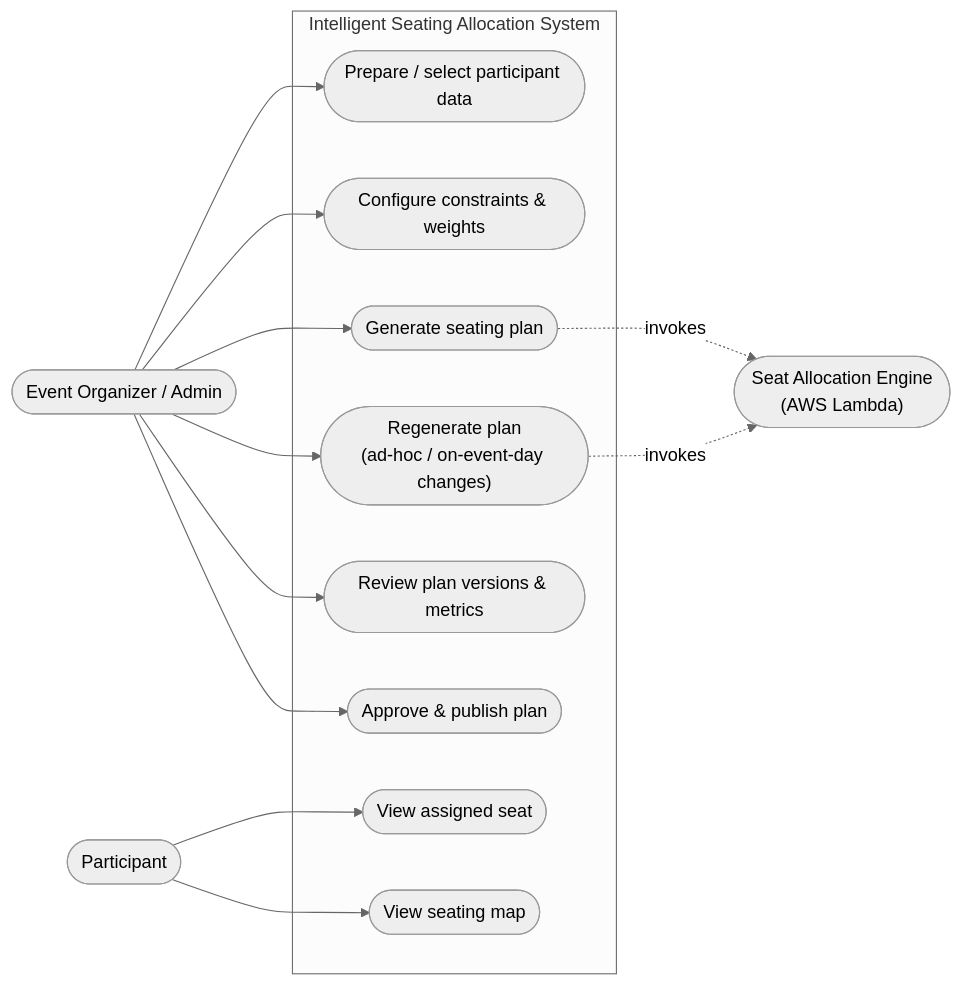
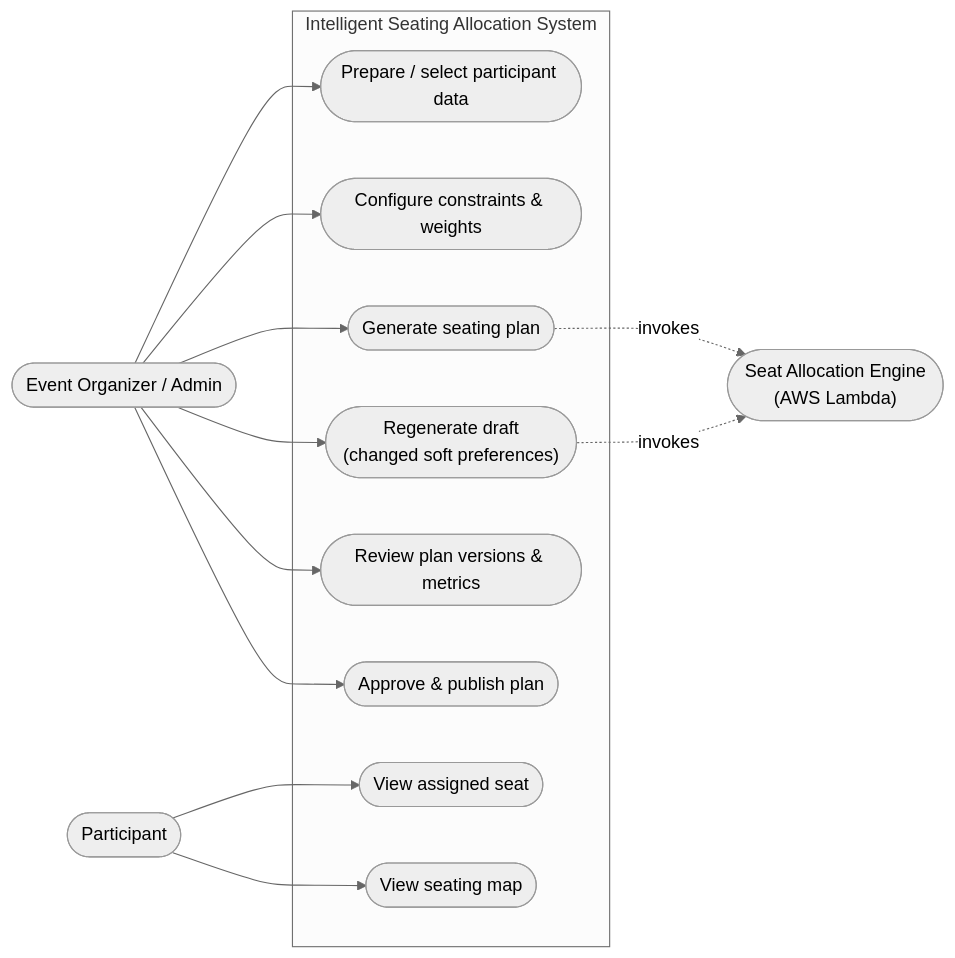
The first of 11 diagrams in FYP1/fyp_interim-report-refined.md (DariusShin/FYP-Seating-Allocation), drawn with Mermaid (neutral theme) before and after one commit. The commit also changed other lines of this file and 8 other files, not shown here.

````diff
--- a/FYP1/fyp_interim-report-refined.md
+++ b/FYP1/fyp_interim-report-refined.md
@@ -171,28 +173,28 @@
 ```mermaid
 flowchart LR
     Admin(["Event Organizer / Admin"])
     Participant(["Participant"])
     Engine(["Seat Allocation Engine<br/>(AWS Lambda)"])
 
     subgraph System["Intelligent Seating Allocation System"]
         UC1(["Prepare / select participant data"])
         UC2(["Configure constraints & weights"])
         UC3(["Generate seating plan"])
-        UC4(["Regenerate plan<br/>(ad-hoc / on-event-day changes)"])
+        UC4(["Regenerate draft<br/>(changed soft preferences)"])
         UC5(["Review plan versions & metrics"])
         UC6(["Approve & publish plan"])
         UC7(["View assigned seat"])
         UC8(["View seating map"])
     end
 
     Admin --> UC1
     Admin --> UC2
     Admin --> UC3
     Admin --> UC4
     Admin --> UC5
     Admin --> UC6
     Participant --> UC7
     Participant --> UC8
     UC3 -.->|invokes| Engine
     UC4 -.->|invokes| Engine
 ```
````
